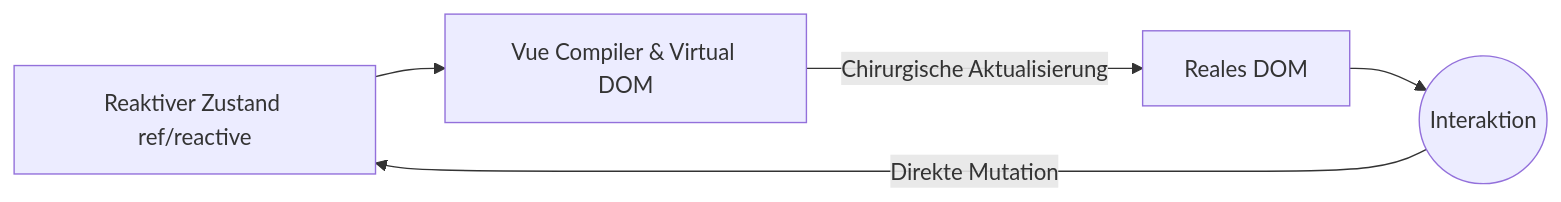
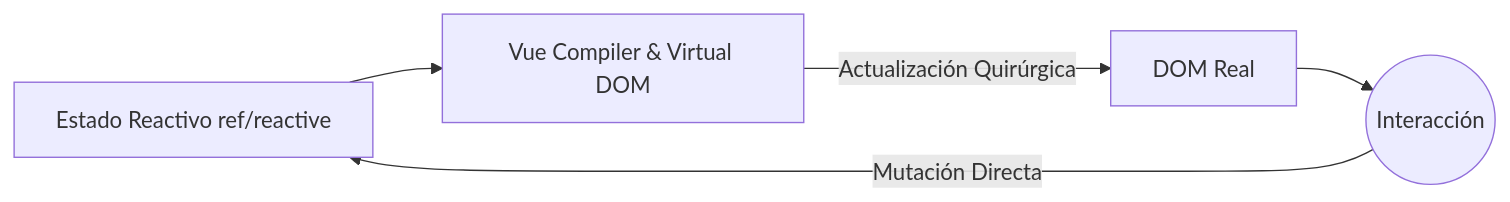
The first of 3 diagrams in public/docs/de/ext_vue_inicial.md (gjpierp/nmergeia), drawn with Mermaid before and after one commit. The commit also changed other lines of this file and 518 other files, not shown here.

````diff
--- a/public/docs/de/ext_vue_inicial.md
+++ b/public/docs/de/ext_vue_inicial.md
@@ -8,7 +8,7 @@
 ```mermaid
 graph LR
-    Estado[Reaktiver Zustand ref/reactive] --> VueEngine[Vue Compiler & Virtual DOM]
-    VueEngine -->|Chirurgische Aktualisierung| DOM[Reales DOM]
-    DOM --> Usuario((Interaktion))
-    Usuario -->|Direkte Mutation| Estado
+    Estado[Estado Reactivo ref/reactive] --> VueEngine[Vue Compiler & Virtual DOM]
+    VueEngine -->|Actualización Quirúrgica| DOM[DOM Real]
+    DOM --> Usuario((Interacción))
+    Usuario -->|Mutación Directa| Estado
 ```
````
